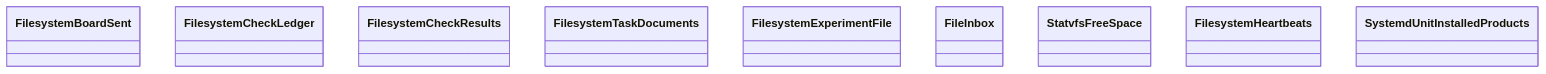
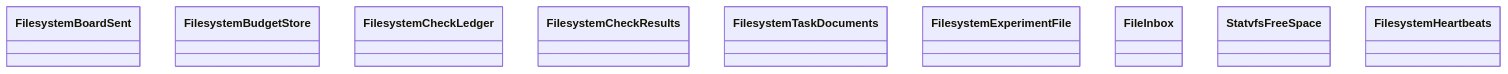
One commit to GonzaloZevallos/agentic-system changed the diagram in docs/architecture/generated/classes-process-adapters-filesystem-1.md. Above: the diagram before and after it, drawn with Mermaid. The commit also changed 23 other files, not shown here.

First line of the commit message:
Split an over-budget adapter kind page in the package docs and document BudgetStore

````diff
--- a/docs/architecture/generated/classes-process-adapters-filesystem-1.md
+++ b/docs/architecture/generated/classes-process-adapters-filesystem-1.md
@@ -12,12 +12,12 @@
 ```mermaid
 classDiagram
     class filesystem__board_sent__FilesystemBoardSent["FilesystemBoardSent"]
+    class filesystem__budget_store__FilesystemBudgetStore["FilesystemBudgetStore"]
     class filesystem__check_ledger__FilesystemCheckLedger["FilesystemCheckLedger"]
     class filesystem__check_results__FilesystemCheckResults["FilesystemCheckResults"]
     class filesystem__documents__FilesystemTaskDocuments["FilesystemTaskDocuments"]
     class filesystem__experiment_file__FilesystemExperimentFile["FilesystemExperimentFile"]
     class filesystem__file_inbox__FileInbox["FileInbox"]
     class filesystem__free_space__StatvfsFreeSpace["StatvfsFreeSpace"]
     class filesystem__heartbeats__FilesystemHeartbeats["FilesystemHeartbeats"]
-    class filesystem__installed_products__SystemdUnitInstalledProducts["SystemdUnitInstalledProducts"]
 ```
````
